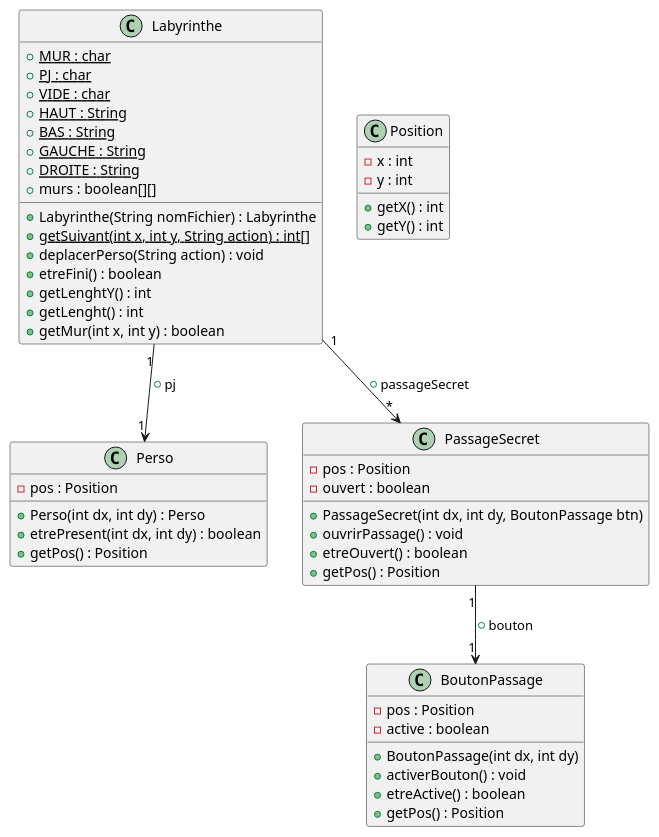
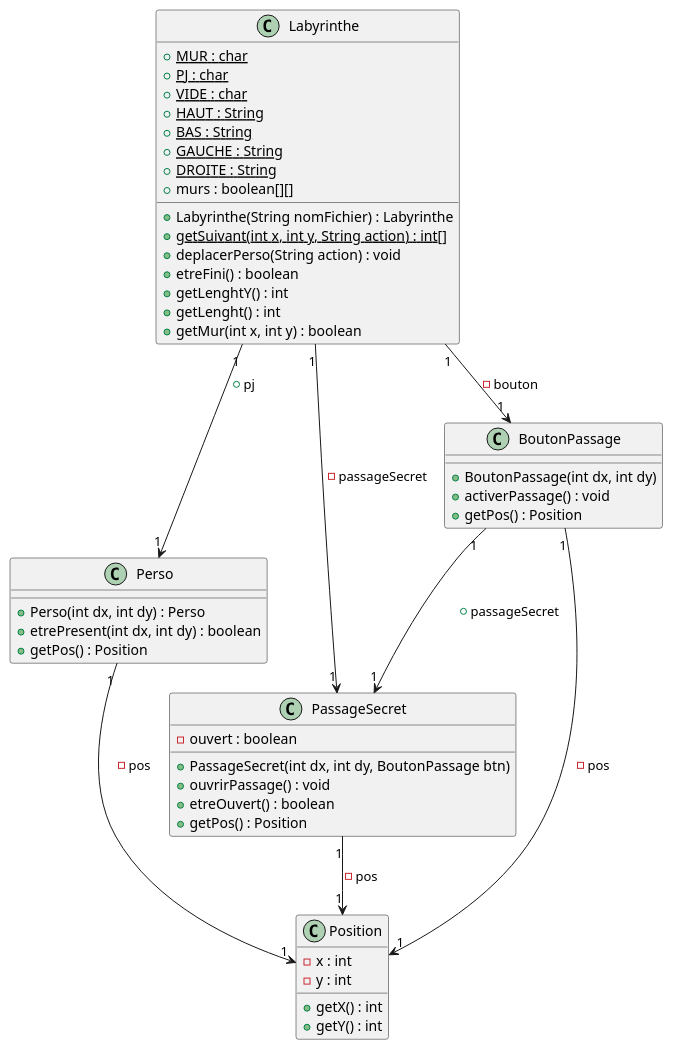
The diagram in documents/version_2/diagClassePassageSecret.puml (Zhi-Sheng-Trieu/2022_Zeldiablo_Doan_Oudin_Trieu_Noel), drawn with PlantUML before and after one commit. The commit also changed 1 other file, not shown here.

Commit message:
Mise a jour des diagrammes

```diff
--- a/documents/version_2/diagClassePassageSecret.puml
+++ b/documents/version_2/diagClassePassageSecret.puml
@@ -1,60 +1,59 @@
 @startuml
 
 class Labyrinthe{
     {static} +MUR : char
     {static} +PJ : char
     {static} +VIDE : char
     {static} +HAUT : String
     {static} +BAS : String
     {static} +GAUCHE : String
     {static} +DROITE : String
     +murs : boolean[][]
 
     +Labyrinthe(String nomFichier) : Labyrinthe
     {static}+getSuivant(int x, int y, String action) : int[]
     +deplacerPerso(String action) : void
     +etreFini() : boolean
     +getLenghtY() : int
     +getLenght() : int
     +getMur(int x, int y) : boolean
 
 
 }
 class Perso {
-    -pos : Position
     +Perso(int dx, int dy) : Perso
     +etrePresent(int dx, int dy) : boolean
     +getPos() : Position
 }
 
 class PassageSecret {
-    -pos : Position
     -ouvert : boolean
     +PassageSecret(int dx, int dy, BoutonPassage btn)
     +ouvrirPassage() : void
     +etreOuvert() : boolean
     +getPos() : Position
 }
 
 class BoutonPassage {
-    -pos : Position
-    -active : boolean
     +BoutonPassage(int dx, int dy)
-    +activerBouton() : void
-    +etreActive() : boolean
+    +activerPassage() : void
     +getPos() : Position
 }
 
 class Position {
     -x : int
     -y : int
     +getX() : int
     +getY() : int
 }
 
 Labyrinthe "1"-->"1" Perso : +pj
-Labyrinthe "1"-->"*" PassageSecret : +passageSecret
-PassageSecret "1"-->"1" BoutonPassage : +bouton
+Labyrinthe "1"-->"1" PassageSecret : -passageSecret
+BoutonPassage "1"-->"1" PassageSecret : +passageSecret
+Labyrinthe "1"-->"1" BoutonPassage : -bouton
+Perso "1"-->"1" Position : -pos
+PassageSecret "1"-->"1" Position : -pos
+BoutonPassage "1"-->"1" Position : -pos
 
 
 @enduml
```
